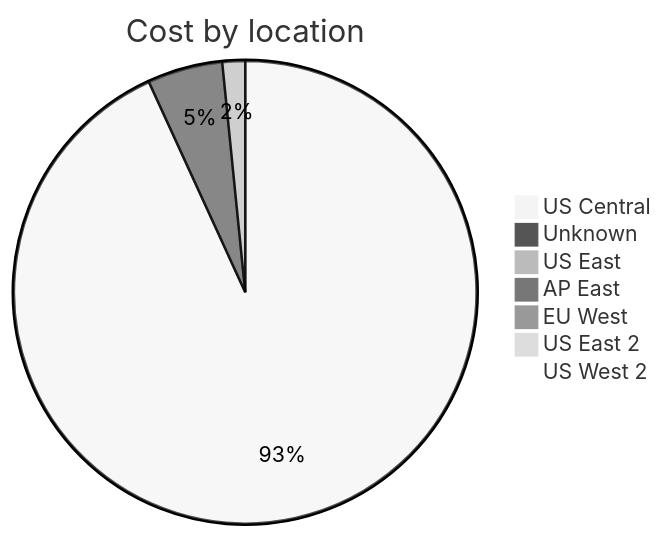
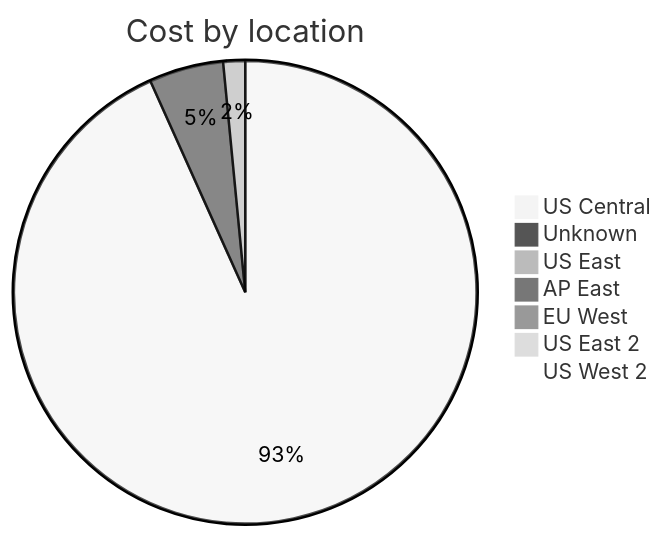
Before and after one commit to jpfulton/azure-personal-reports: the third of 4 diagrams in cost-reports/accumulated-cost.md, drawn with Mermaid (neutral theme). The commit also changed other lines of this file and 4 other files, not shown here.

````diff
--- a/cost-reports/accumulated-cost.md
+++ b/cost-reports/accumulated-cost.md
@@ -123,11 +123,11 @@
 ```mermaid
 pie
    title Cost by location
-   "US Central" : 5.86
-   "Unknown" : 0.33
+   "US Central" : 6.11
+   "Unknown" : 0.34
    "US East" : 0.10
    "AP East" : 0.00
    "EU West" : 0.00
    "US East 2" : 0.00
    "US West 2" : 0.00
 ```
````
